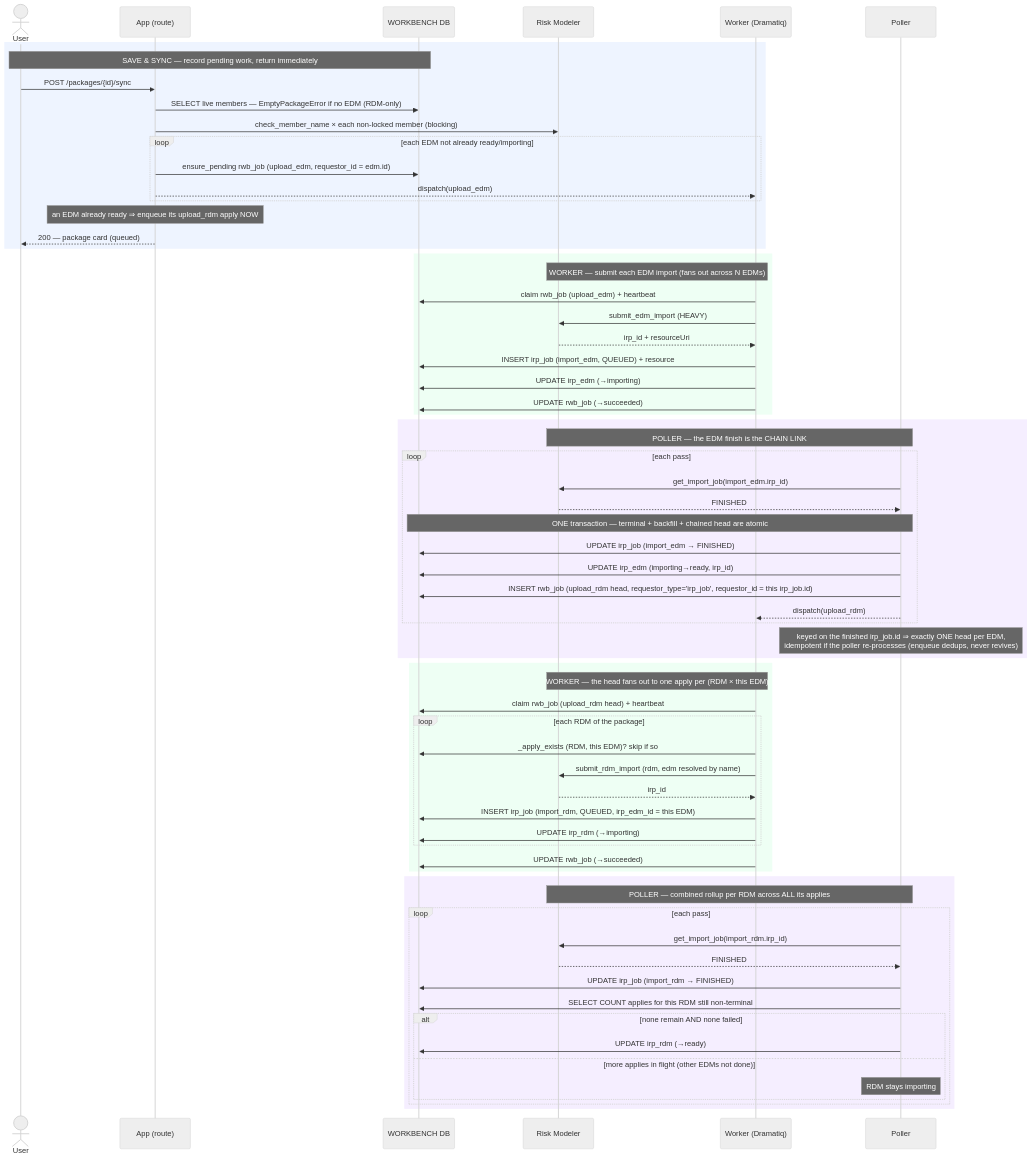
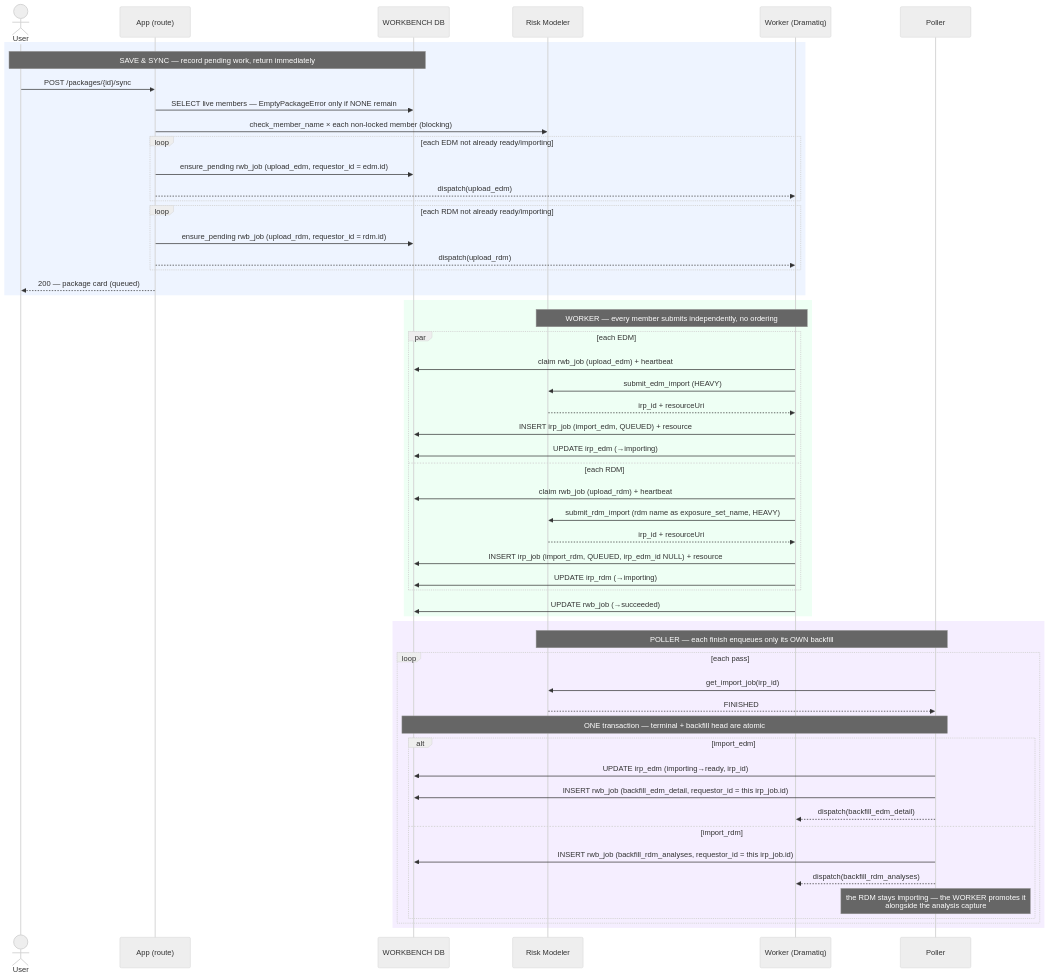
The second of 2 diagrams in docs/sequence_diagrams/packages/save_and_sync_package.md (anilvenugopal/risk-workbench), drawn with Mermaid (neutral theme) before and after one commit. The commit also changed other lines of this file and 8 other files, not shown here.

First line of the commit message:
Update docs and sequence diagrams for standalone RDM import

````diff
--- a/docs/sequence_diagrams/packages/save_and_sync_package.md
+++ b/docs/sequence_diagrams/packages/save_and_sync_package.md
@@ -108,74 +108,61 @@
 ```mermaid
 sequenceDiagram
     actor User
     participant App as App (route)
     participant DB as WORKBENCH DB
     participant RM as Risk Modeler
     participant W as Worker (Dramatiq)
     participant P as Poller
 
     rect rgb(238,244,255)
         Note over User,DB: SAVE & SYNC — record pending work, return immediately
         User->>App: POST /packages/{id}/sync
-        App->>DB: SELECT live members — EmptyPackageError if no EDM (RDM-only)
+        App->>DB: SELECT live members — EmptyPackageError only if NONE remain
         App->>RM: check_member_name × each non-locked member (blocking)
         loop each EDM not already ready/importing
             App->>DB: ensure_pending rwb_job (upload_edm, requestor_id = edm.id)
             App-->>W: dispatch(upload_edm)
         end
-        Note over App: an EDM already ready ⇒ enqueue its upload_rdm apply NOW
+        loop each RDM not already ready/importing
+            App->>DB: ensure_pending rwb_job (upload_rdm, requestor_id = rdm.id)
+            App-->>W: dispatch(upload_rdm)
+        end
         App-->>User: 200 — package card (queued)
     end
 
     rect rgb(238,255,244)
-        Note over W,RM: WORKER — submit each EDM import (fans out across N EDMs)
-        W->>DB: claim rwb_job (upload_edm) + heartbeat
-        W->>RM: submit_edm_import (HEAVY)
-        RM-->>W: irp_id + resourceUri
-        W->>DB: INSERT irp_job (import_edm, QUEUED) + resource
-        W->>DB: UPDATE irp_edm (→importing)
-        W->>DB: UPDATE rwb_job (→succeeded)
-    end
-
-    rect rgb(245,238,255)
-        Note over P,RM: POLLER — the EDM finish is the CHAIN LINK
-        loop each pass
-            P->>RM: get_import_job(import_edm.irp_id)
-            RM-->>P: FINISHED
-            Note over P,DB: ONE transaction — terminal + backfill + chained head are atomic
-            P->>DB: UPDATE irp_job (import_edm → FINISHED)
-            P->>DB: UPDATE irp_edm (importing→ready, irp_id)
-            P->>DB: INSERT rwb_job (upload_rdm head, requestor_type='irp_job', requestor_id = this irp_job.id)
-            P-->>W: dispatch(upload_rdm)
-        end
-        Note over P: keyed on the finished irp_job.id ⇒ exactly ONE head per EDM,<br/>idempotent if the poller re-processes (enqueue dedups, never revives)
-    end
-
-    rect rgb(238,255,244)
-        Note over W,RM: WORKER — the head fans out to one apply per (RDM × this EDM)
-        W->>DB: claim rwb_job (upload_rdm head) + heartbeat
-        loop each RDM of the package
-            W->>DB: _apply_exists (RDM, this EDM)? skip if so
-            W->>RM: submit_rdm_import (rdm, edm resolved by name)
-            RM-->>W: irp_id
-            W->>DB: INSERT irp_job (import_rdm, QUEUED, irp_edm_id = this EDM)
+        Note over W,RM: WORKER — every member submits independently, no ordering
+        par each EDM
+            W->>DB: claim rwb_job (upload_edm) + heartbeat
+            W->>RM: submit_edm_import (HEAVY)
+            RM-->>W: irp_id + resourceUri
+            W->>DB: INSERT irp_job (import_edm, QUEUED) + resource
+            W->>DB: UPDATE irp_edm (→importing)
+        and each RDM
+            W->>DB: claim rwb_job (upload_rdm) + heartbeat
+            W->>RM: submit_rdm_import (rdm name as exposure_set_name, HEAVY)
+            RM-->>W: irp_id + resourceUri
+            W->>DB: INSERT irp_job (import_rdm, QUEUED, irp_edm_id NULL) + resource
             W->>DB: UPDATE irp_rdm (→importing)
         end
         W->>DB: UPDATE rwb_job (→succeeded)
     end
 
     rect rgb(245,238,255)
-        Note over P,RM: POLLER — combined rollup per RDM across ALL its applies
+        Note over P,RM: POLLER — each finish enqueues only its OWN backfill
         loop each pass
-            P->>RM: get_import_job(import_rdm.irp_id)
+            P->>RM: get_import_job(irp_id)
             RM-->>P: FINISHED
-            P->>DB: UPDATE irp_job (import_rdm → FINISHED)
-            P->>DB: SELECT COUNT applies for this RDM still non-terminal
-            alt none remain AND none failed
-                P->>DB: UPDATE irp_rdm (→ready)
-            else more applies in flight (other EDMs not done)
-                Note over P: RDM stays importing
+            Note over P,DB: ONE transaction — terminal + backfill head are atomic
+            alt import_edm
+                P->>DB: UPDATE irp_edm (importing→ready, irp_id)
+                P->>DB: INSERT rwb_job (backfill_edm_detail, requestor_id = this irp_job.id)
+                P-->>W: dispatch(backfill_edm_detail)
+            else import_rdm
+                P->>DB: INSERT rwb_job (backfill_rdm_analyses, requestor_id = this irp_job.id)
+                P-->>W: dispatch(backfill_rdm_analyses)
+                Note over P: the RDM stays importing — the WORKER promotes it<br/>alongside the analysis capture
             end
         end
     end
 ```
````
